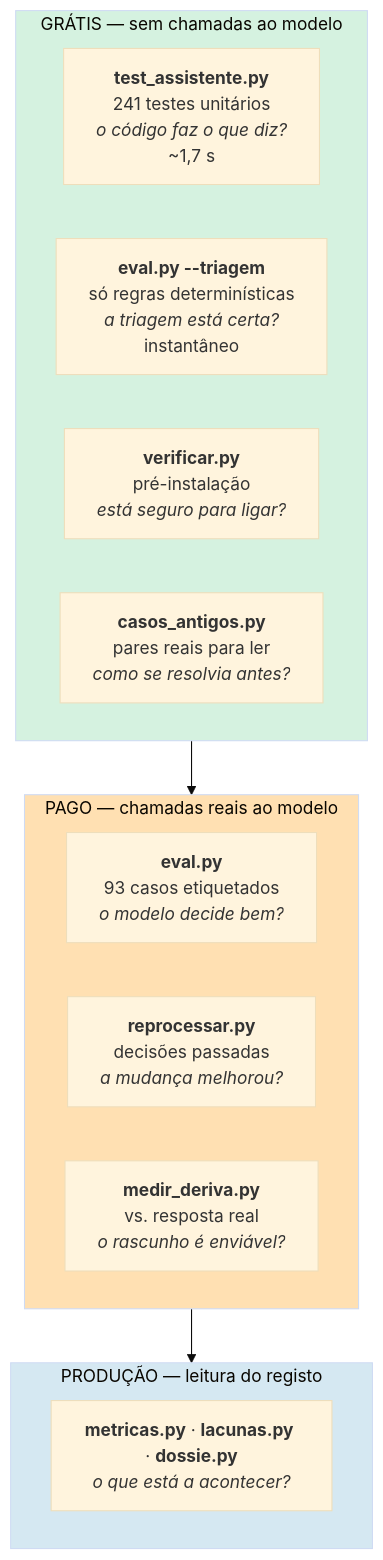
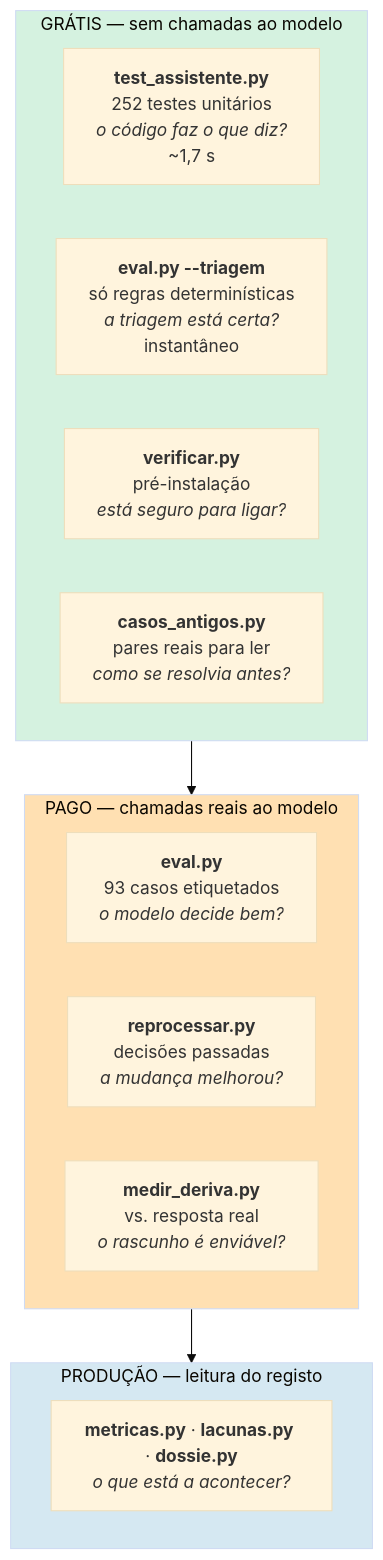
One commit to joaocarvalhini/Outlook-Reply-Assistant changed the first of 3 diagrams in docs/05-reliability/qa.md. Above: the diagram before and after it, drawn with Mermaid (base theme). The commit also changed other lines of this file and 11 other files, not shown here.

````diff
--- a/docs/05-reliability/qa.md
+++ b/docs/05-reliability/qa.md
@@ -19,22 +19,22 @@
 ```mermaid
 flowchart TB
     subgraph G["GRÁTIS — sem chamadas ao modelo"]
-        T1["<b>test_assistente.py</b><br/>241 testes unitários<br/><i>o código faz o que diz?</i><br/>~1,7 s"]
+        T1["<b>test_assistente.py</b><br/>252 testes unitários<br/><i>o código faz o que diz?</i><br/>~1,7 s"]
         T2["<b>eval.py --triagem</b><br/>só regras determinísticas<br/><i>a triagem está certa?</i><br/>instantâneo"]
         T3["<b>verificar.py</b><br/>pré-instalação<br/><i>está seguro para ligar?</i>"]
         T4["<b>casos_antigos.py</b><br/>pares reais para ler<br/><i>como se resolvia antes?</i>"]
     end
     subgraph P["PAGO — chamadas reais ao modelo"]
         T5["<b>eval.py</b><br/>93 casos etiquetados<br/><i>o modelo decide bem?</i>"]
         T6["<b>reprocessar.py</b><br/>decisões passadas<br/><i>a mudança melhorou?</i>"]
         T7["<b>medir_deriva.py</b><br/>vs. resposta real<br/><i>o rascunho é enviável?</i>"]
     end
     subgraph PR["PRODUÇÃO — leitura do registo"]
         T8["<b>metricas.py</b> · <b>lacunas.py</b> · <b>dossie.py</b><br/><i>o que está a acontecer?</i>"]
     end
 
     G --> P --> PR
     style G fill:#d5f2e0
     style P fill:#ffe0b2
     style PR fill:#d5e8f2
 ```
````
